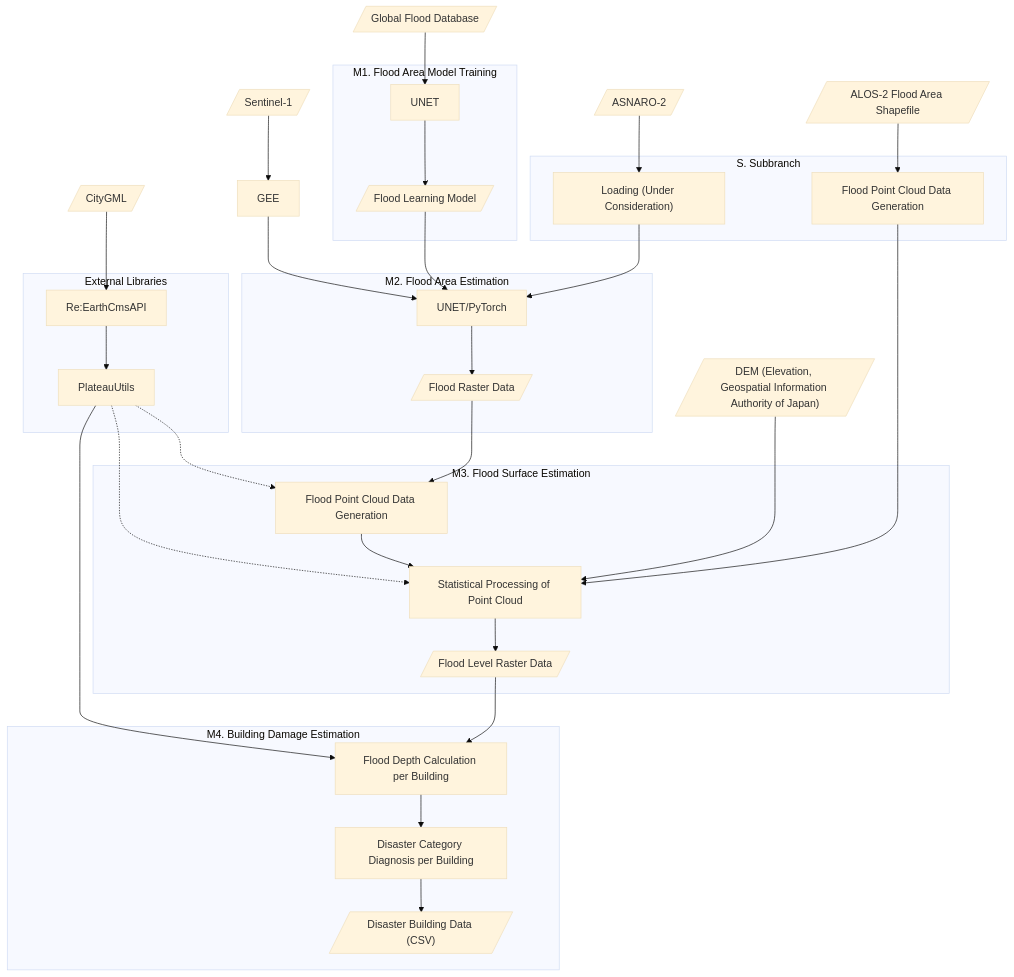
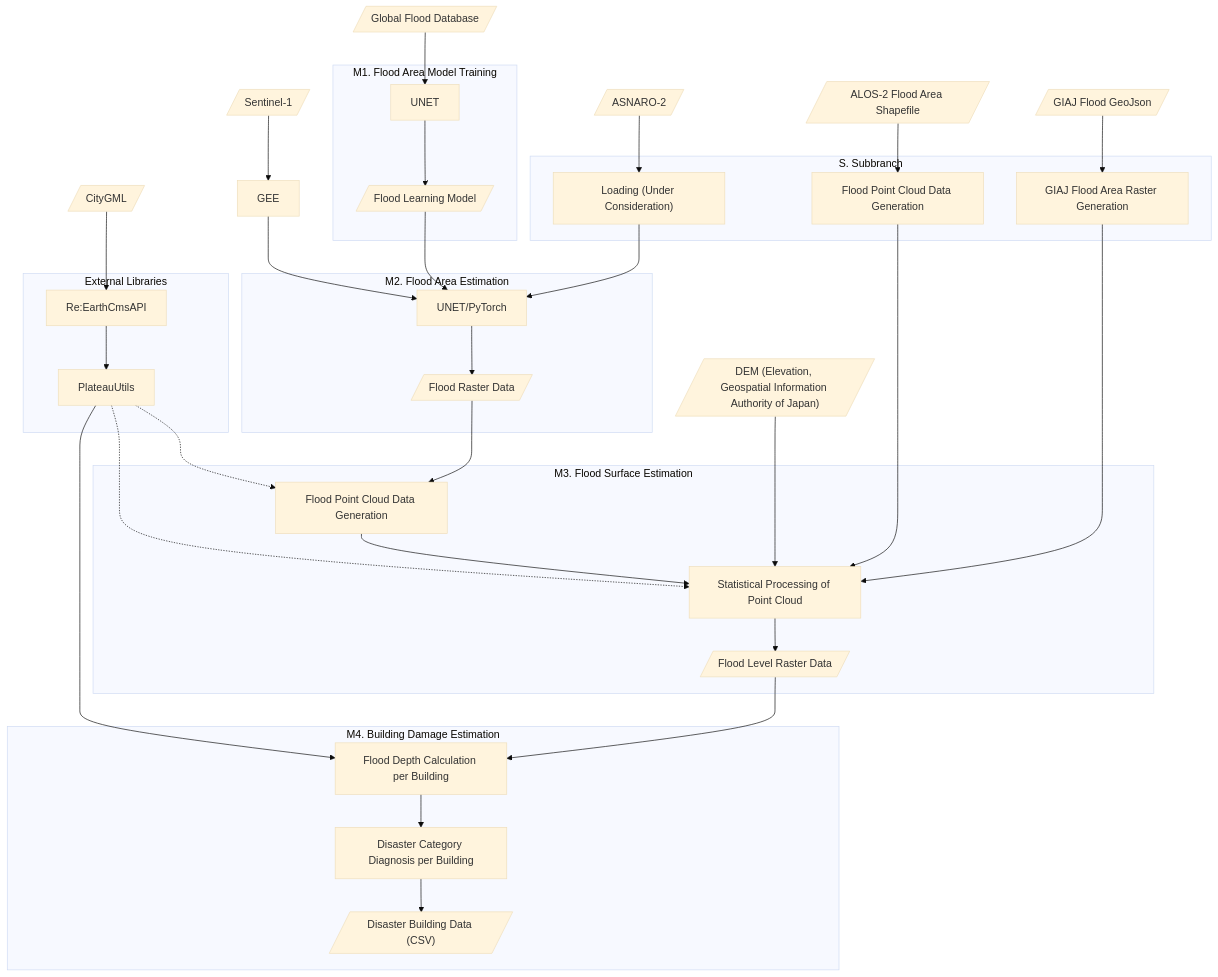
One commit to eukarya-inc/plateau-2023-uc01-satellite-analytics changed the diagram in README.md. Above: the diagram before and after it, drawn with Mermaid (base theme). The commit also changed other lines of this file, not shown here.

Commit message:
Add description about GIAJ geojson to README.md

````diff
--- a/README.md
+++ b/README.md
@@ -10,39 +10,41 @@
 ```mermaid
 graph TD
 	Sentinel-1[/Sentinel-1/] --> GEE
 	
 	GEE --> UNET2["UNET/PyTorch"]
 
 	GFD[/"Global Flood Database"/]--> UNET
 	subgraph M1. Flood Area Model Training
 	UNET-->LM[/"Flood Learning Model"/]
 	end
 	subgraph M2. Flood Area Estimation
 	LM --> UNET2
 	UNET2 --> FR[/"Flood Raster Data"/]
 	end
 	subgraph External Libraries
 	RECA --> PlateauUtils
 	end
 	subgraph M3. Flood Surface Estimation
 	PlateauUtils -.-> PT
 	FR --> PT["Flood Point Cloud Data Generation"]
 	PlateauUtils -.-> STAT
 	PT --> STAT["Statistical Processing of Point Cloud"]
 	STAT --> FLR[/"Flood Level Raster Data"/]
 	end
 	DEM[/"DEM (Elevation, Geospatial Information Authority of Japan)"/] ---> STAT
 	CGML[/"CityGML"/] --> RECA["Re:EarthCmsAPI"]
 	subgraph M4. Building Damage Estimation
 	PlateauUtils --> FDEVAL["Flood Depth Calculation per Building"]
 	FLR --> FDEVAL
 	FDEVAL --> FCAT["Disaster Category Diagnosis per Building"]
 	FCAT --> FCArray[/"Disaster Building Data (CSV)"/]
 	end
 	ALOS-2[/"ALOS-2 Flood Area Shapefile"/] --> PT2["Flood Point Cloud Data Generation"]
 	ASNARO-2[/ASNARO-2/] --> loadASNR2["Loading (Under Consideration)"]
+	GIAJ[/"GIAJ Flood GeoJson"/] --> loadGeoJSON["GIAJ Flood Area Raster Generation"]
 	subgraph S. Subbranch
 		PT2 --> STAT
 		loadASNR2 --> UNET2
+		loadGeoJSON --> STAT
 	end
 ```
````
